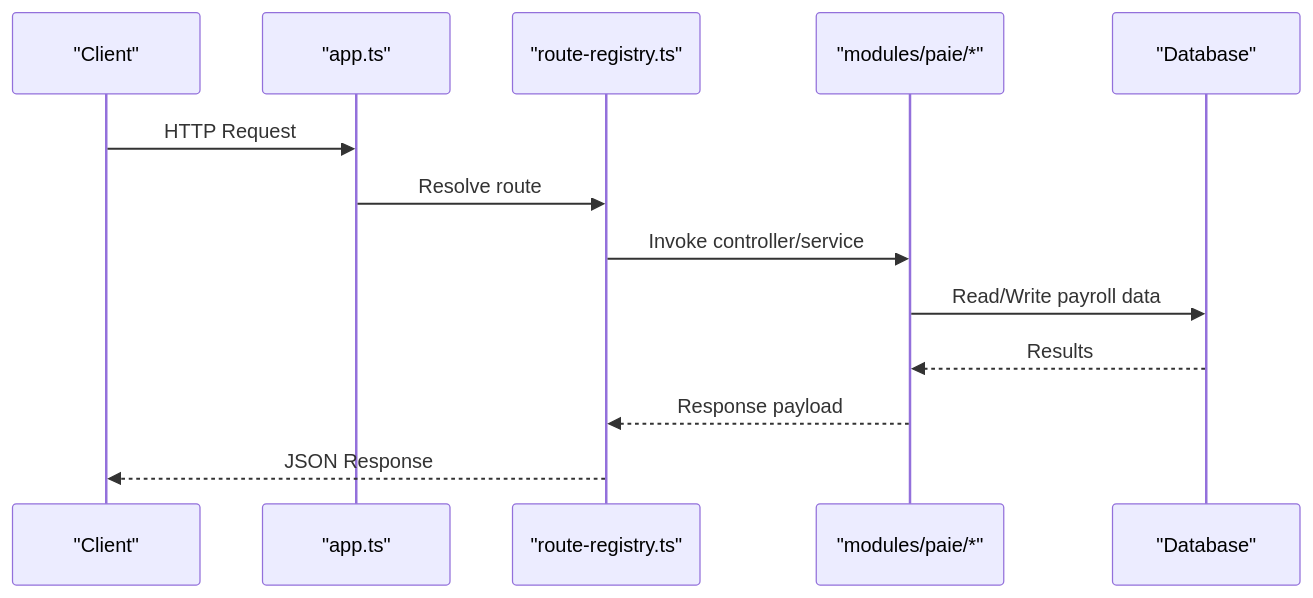
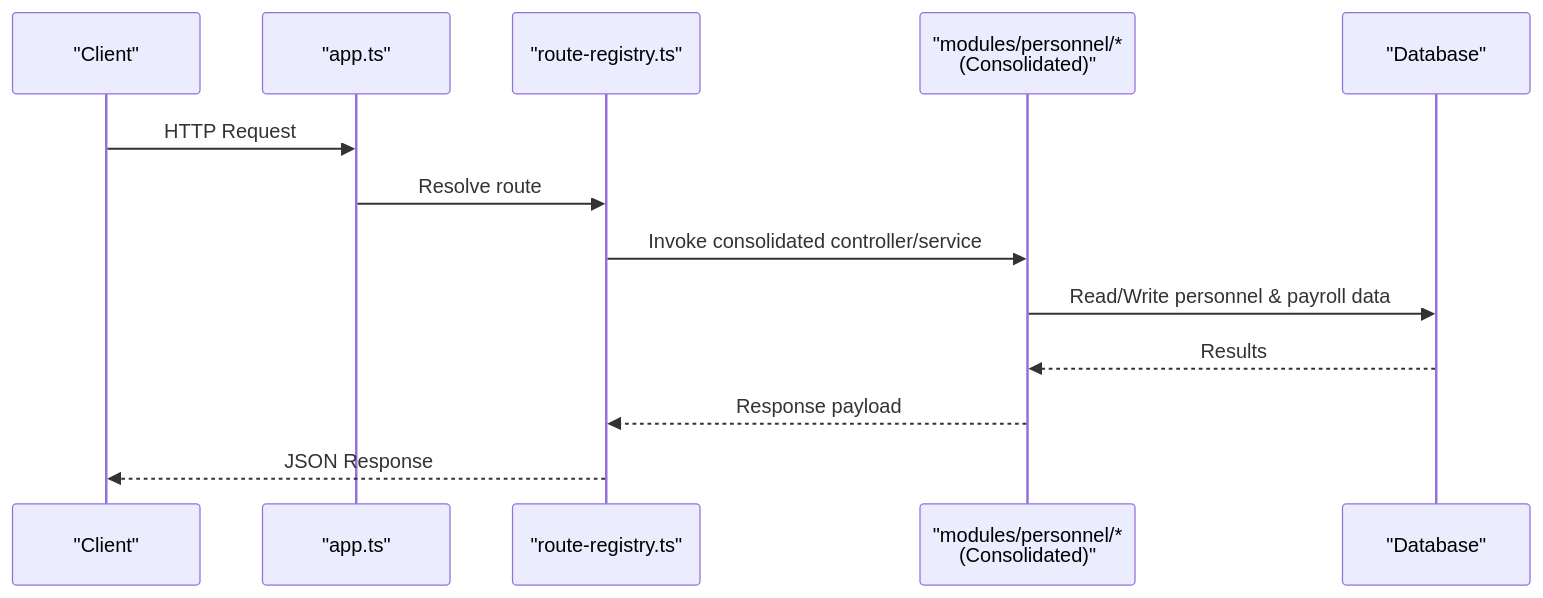
Before and after one commit to franckylab/eLISAschool: the second of 5 diagrams in .qoder/repowiki/en/content/API Reference/Human Resources API/Payroll Processing API/Payroll Processing API.md, drawn with Mermaid. The commit also changed other lines of this file and 102 other files, not shown here.

````diff
--- a/.qoder/repowiki/en/content/API Reference/Human Resources API/Payroll Processing API/Payroll Processing API.md
+++ b/.qoder/repowiki/en/content/API Reference/Human Resources API/Payroll Processing API/Payroll Processing API.md
@@ -105,15 +113,15 @@
 ```mermaid
 sequenceDiagram
 participant Client as "Client"
 participant App as "app.ts"
 participant Router as "route-registry.ts"
-participant Paie as "modules/paie/*"
+participant Personnel as "modules/personnel/*<br/>(Consolidated)"
 participant DB as "Database"
 Client->>App : HTTP Request
 App->>Router : Resolve route
-Router->>Paie : Invoke controller/service
-Paie->>DB : Read/Write payroll data
-DB-->>Paie : Results
-Paie-->>Router : Response payload
+Router->>Personnel : Invoke consolidated controller/service
+Personnel->>DB : Read/Write personnel & payroll data
+DB-->>Personnel : Results
+Personnel-->>Router : Response payload
 Router-->>Client : JSON Response
 ```
````
